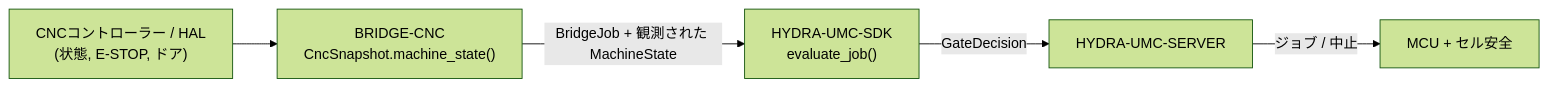
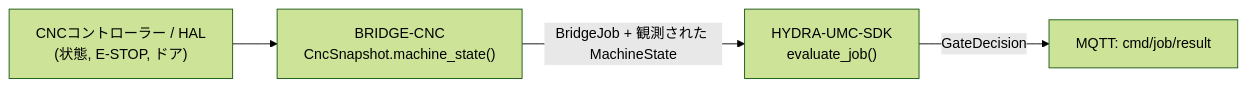
Before and after one commit to JuanenRac/HYDRA-UMC-BRIDGE-CNC: the diagram in README_jpn.md, drawn with Mermaid (forest theme). The commit also changed other lines of this file and 22 other files, not shown here.

````diff
--- a/README_jpn.md
+++ b/README_jpn.md
@@ -49,7 +50,6 @@
 ```mermaid
 flowchart LR
     CNC["CNCコントローラー / HAL<br/>(状態, E-STOP, ドア)"] --> BRIDGE["BRIDGE-CNC<br/>CncSnapshot.machine_state()"]
     BRIDGE -- "BridgeJob + 観測された MachineState" --> SDK["HYDRA-UMC-SDK<br/>evaluate_job()"]
-    SDK -- GateDecision --> SERVER["HYDRA-UMC-SERVER"]
-    SERVER -- "ジョブ / 中止" --> MCU["MCU + セル安全"]
+    SDK -- GateDecision --> RESULT["MQTT: cmd/job/result"]
 ```
````
